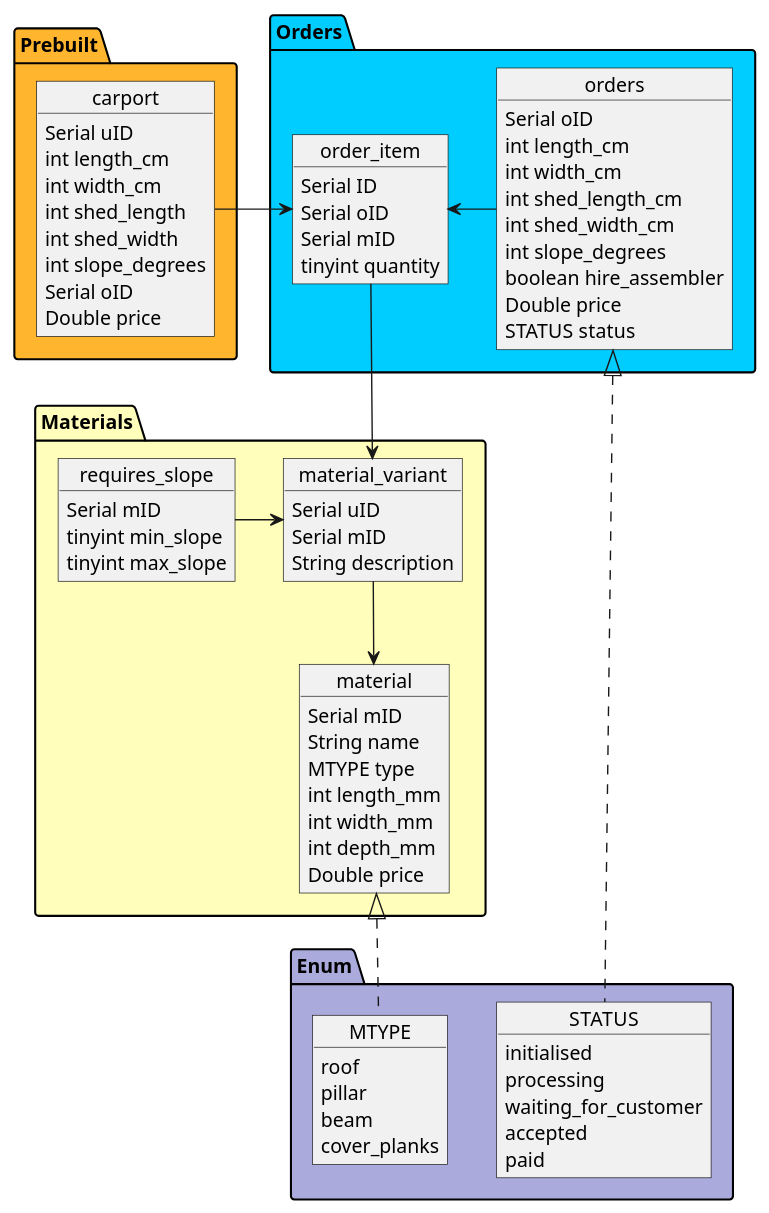
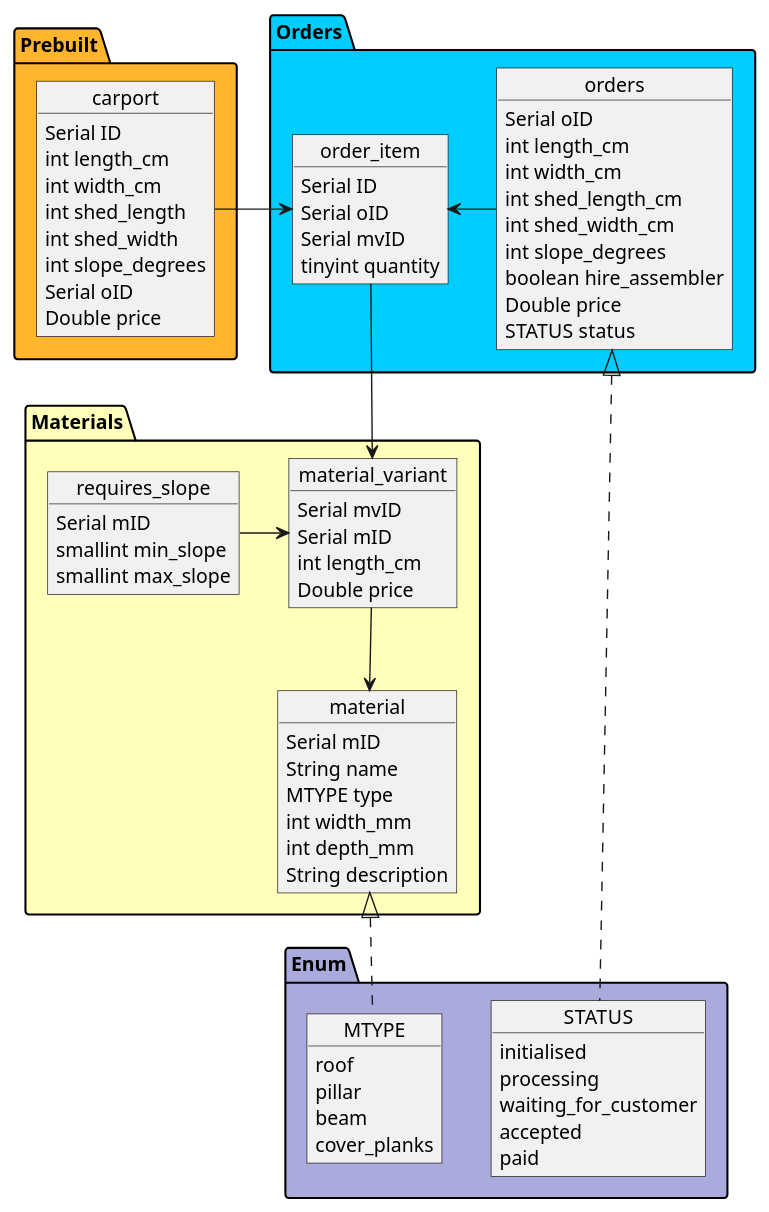
Before and after one commit to SirRolin/Carport---GroupB: the diagram in docs/UML/To-Be/ERD/ERD.puml, drawn with PlantUML.

Commit message:
ERD changes as we found improvements while creating the database

```diff
--- a/docs/UML/To-Be/ERD/ERD.puml
+++ b/docs/UML/To-Be/ERD/ERD.puml
@@ -1,83 +1,83 @@
 @startuml
 package "Prebuilt" #FFB52E {
     Object carport {
-        Serial uID
+        Serial ID
         int length_cm
         int width_cm
         int shed_length
         int shed_width
         int slope_degrees
         Serial oID
         Double price
     }
 }
 
 package "Materials" #ffb {
     Object material_variant {
-        Serial uID
+        Serial mvID
         Serial mID
-        String description
+        int length_cm
+        Double price
     }
     Object material {
         Serial mID
         String name
         MTYPE type
-        int length_mm
         int width_mm
         int depth_mm
-        Double price
+        String description
     }
 
     'nice to have - if a material has this it's a roof that requires a slope
     Object requires_slope {
         Serial mID
-        tinyint min_slope
-        tinyint max_slope
+        smallint min_slope
+        smallint max_slope
     }
 }
 
 package "Orders" #00CDFF {
     Object orders {
         Serial oID
         int length_cm
         int width_cm
         int shed_length_cm
         int shed_width_cm
         int slope_degrees
         boolean hire_assembler
         Double price
         STATUS status
     }
     Object order_item {
         Serial ID
         Serial oID
-        Serial mID
+        Serial mvID
         tinyint quantity
     }
 }
 
 package Enum #aad {
     Object STATUS {
         initialised
         processing
         waiting_for_customer
         accepted
         paid
     }
     Object MTYPE {
         roof
         pillar
         beam
         cover_planks
     }
 }
 
 orders <|.. STATUS
 material <|.. MTYPE
 order_item --> material_variant
 carport -> order_item
 order_item <- orders
 material_variant --> material
 requires_slope -> material_variant
 
 @enduml
```
